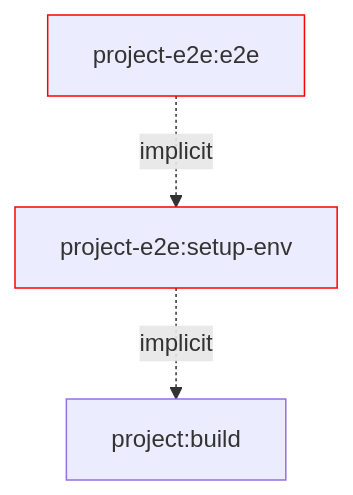
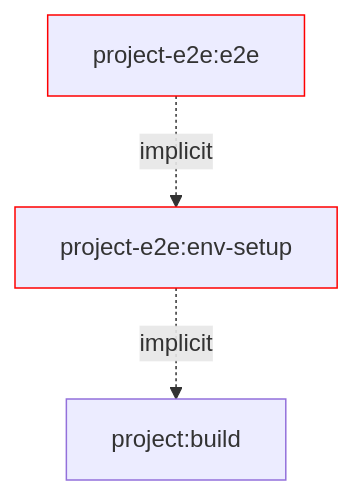
One commit to push-based/nx-verdaccio changed the second of 3 diagrams in README.md. Above: the diagram before and after it, drawn with Mermaid. The commit also changed other lines of this file, not shown here.

````diff
--- a/README.md
+++ b/README.md
@@ -280,7 +280,7 @@
 ```mermaid
 flowchart TB
-P[project-e2e:e2e]:::e2e-.implicit.->S[project-e2e:setup-env]:::setup-env;
+P[project-e2e:e2e]:::e2e-.implicit.->S[project-e2e:env-setup]:::env-setup;
 S-.implicit.->E[project:build]:::build;
 classDef e2e stroke:#f00
-classDef setup-env stroke:#f00
+classDef env-setup stroke:#f00
 ```
````
